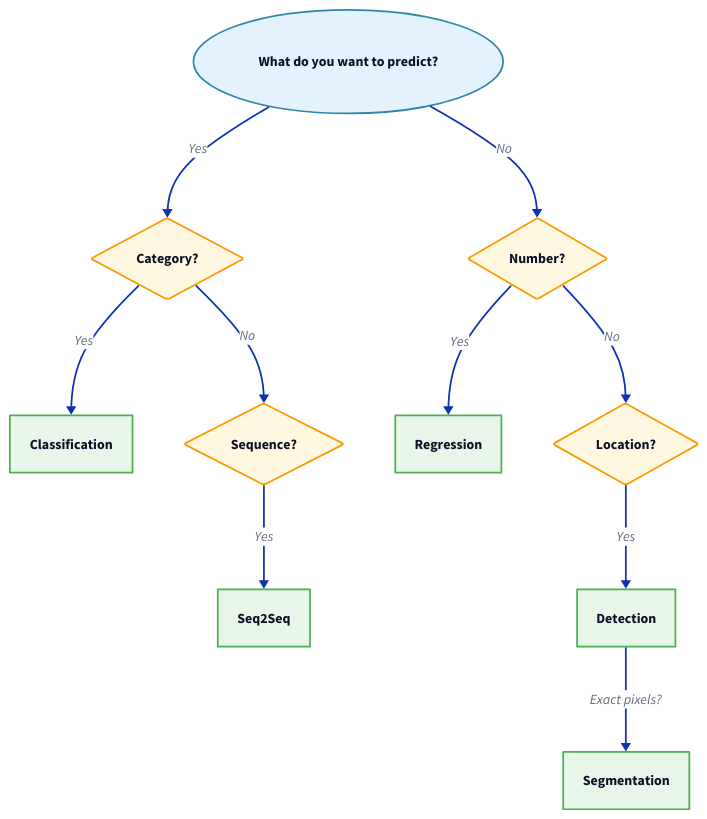
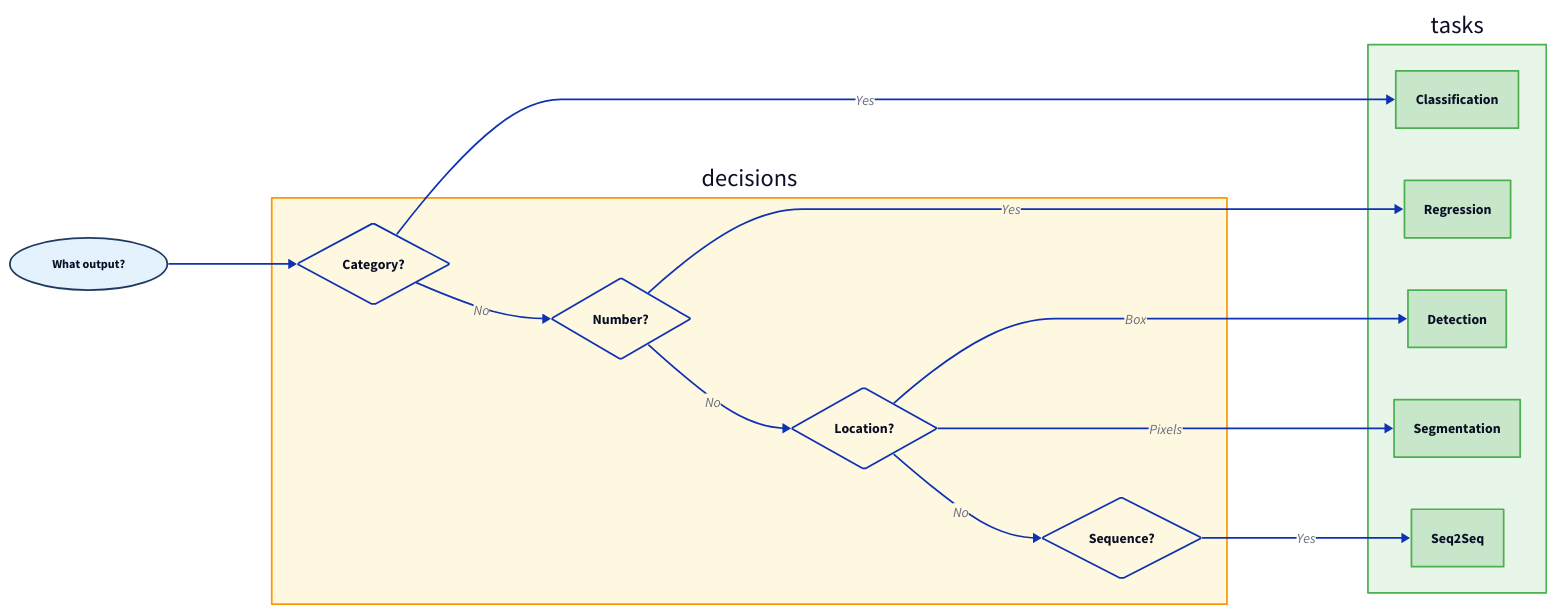
Before and after one commit to nipunbatra/principles-ai-teaching: the diagram in ml-tasks/diagrams/ml_decision_flowchart.d2, drawn with D2. The commit also changed 21 other files, not shown here.

First line of the commit message:
Add D2 diagrams for NN outputs, fix flowchart, improve thank you slide

```diff
--- a/ml-tasks/diagrams/ml_decision_flowchart.d2
+++ b/ml-tasks/diagrams/ml_decision_flowchart.d2
@@ -1,93 +1,89 @@
-# ML Task Decision Flowchart
+# ML Task Decision Flowchart - Compact Layout
 
-direction: down
+direction: right
 
 start: {
-  label: What do you want to predict?
+  label: "What output?"
   shape: oval
   style.fill: "#E3F2FD"
-  style.stroke: "#2E86AB"
+  style.stroke: "#1e3a5f"
   style.stroke-width: 2
-  style.font-size: 16
+  style.font-size: 14
 }
 
-category: {
-  label: Category?
-  shape: diamond
+decisions: {
   style.fill: "#FFF8E1"
   style.stroke: "#FF9800"
+
+  cat: {
+    label: Category?
+    shape: diamond
+    style.fill: "#FFF8E1"
+  }
+  num: {
+    label: Number?
+    shape: diamond
+    style.fill: "#FFF8E1"
+  }
+  loc: {
+    label: Location?
+    shape: diamond
+    style.fill: "#FFF8E1"
+  }
+  seq: {
+    label: Sequence?
+    shape: diamond
+    style.fill: "#FFF8E1"
+  }
 }
 
-number: {
-  label: Number?
-  shape: diamond
-  style.fill: "#FFF8E1"
-  style.stroke: "#FF9800"
+tasks: {
+  style.fill: "#E8F5E9"
+  style.stroke: "#4CAF50"
+
+  cls: {
+    label: Classification
+    shape: rectangle
+    style.fill: "#C8E6C9"
+    style.stroke: "#4CAF50"
+    style.stroke-width: 2
+  }
+  reg: {
+    label: Regression
+    shape: rectangle
+    style.fill: "#C8E6C9"
+    style.stroke: "#4CAF50"
+    style.stroke-width: 2
+  }
+  det: {
+    label: Detection
+    shape: rectangle
+    style.fill: "#C8E6C9"
+    style.stroke: "#4CAF50"
+    style.stroke-width: 2
+  }
+  seg: {
+    label: Segmentation
+    shape: rectangle
+    style.fill: "#C8E6C9"
+    style.stroke: "#4CAF50"
+    style.stroke-width: 2
+  }
+  s2s: {
+    label: Seq2Seq
+    shape: rectangle
+    style.fill: "#C8E6C9"
+    style.stroke: "#4CAF50"
+    style.stroke-width: 2
+  }
 }
 
-classification: {
-  label: Classification
-  shape: rectangle
-  style.fill: "#E8F5E9"
-  style.stroke: "#4CAF50"
-  style.stroke-width: 2
-}
-
-regression: {
-  label: Regression
-  shape: rectangle
-  style.fill: "#E8F5E9"
-  style.stroke: "#4CAF50"
-  style.stroke-width: 2
-}
-
-sequence: {
-  label: Sequence?
-  shape: diamond
-  style.fill: "#FFF8E1"
-  style.stroke: "#FF9800"
-}
-
-location: {
-  label: Location?
-  shape: diamond
-  style.fill: "#FFF8E1"
-  style.stroke: "#FF9800"
-}
-
-seq2seq: {
-  label: Seq2Seq
-  shape: rectangle
-  style.fill: "#E8F5E9"
-  style.stroke: "#4CAF50"
-  style.stroke-width: 2
-}
-
-detection: {
-  label: Detection
-  shape: rectangle
-  style.fill: "#E8F5E9"
-  style.stroke: "#4CAF50"
-  style.stroke-width: 2
-}
-
-segmentation: {
-  label: Segmentation
-  shape: rectangle
-  style.fill: "#E8F5E9"
-  style.stroke: "#4CAF50"
-  style.stroke-width: 2
-}
-
-start -> category: Yes
-start -> number: No
-
-category -> classification: Yes
-category -> sequence: No
-
-number -> regression: Yes
-number -> location: No
-
-sequence -> seq2seq: Yes
-location -> detection: Yes
-detection -> segmentation: Exact pixels?
+start -> decisions.cat
+decisions.cat -> tasks.cls: Yes
+decisions.cat -> decisions.num: No
+decisions.num -> tasks.reg: Yes
+decisions.num -> decisions.loc: No
+decisions.loc -> tasks.det: Box
+decisions.loc -> tasks.seg: Pixels
+decisions.loc -> decisions.seq: No
+decisions.seq -> tasks.s2s: Yes
```
